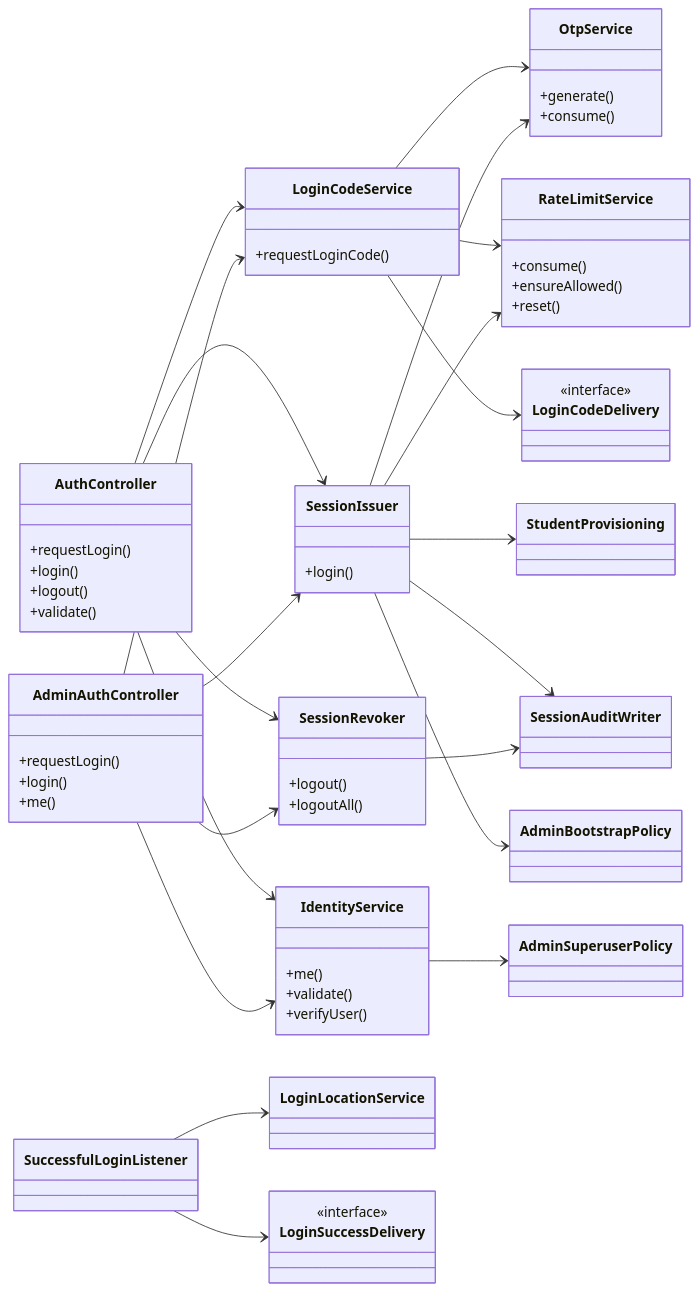
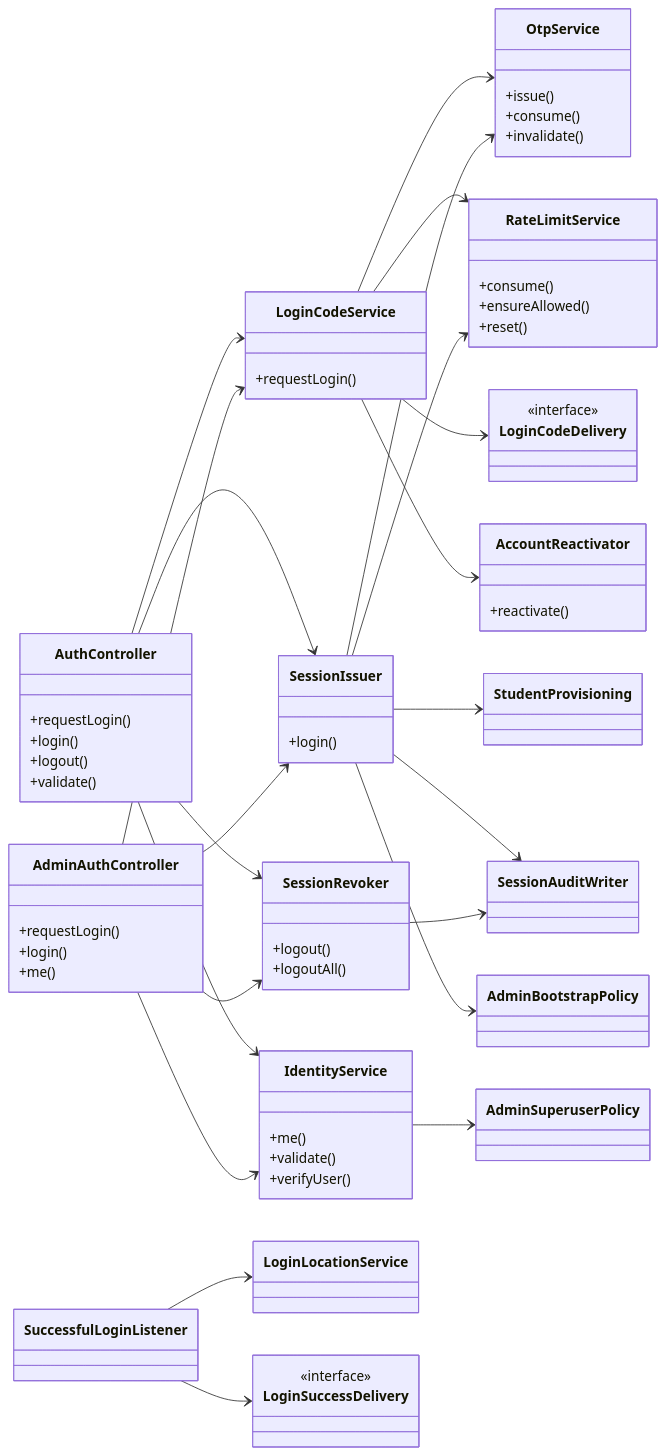
One commit to AlparslanSemiz/rate-my-professor changed the first of 6 diagrams in backend/docs/class-diagrams.md. Above: the diagram before and after it, drawn with Mermaid. The commit also changed other lines of this file and 1 other file, not shown here.

Commit message:
redraw the auth diagram and refresh the demo notes

```diff
--- a/backend/docs/class-diagrams.md
+++ b/backend/docs/class-diagrams.md
@@ -55,7 +55,7 @@
     }
 
     class LoginCodeService {
-        +requestLoginCode()
+        +requestLogin()
     }
     class SessionIssuer {
         +login()
@@ -71,8 +71,9 @@
     }
 
     class OtpService {
-        +generate()
+        +issue()
         +consume()
+        +invalidate()
     }
     class RateLimitService {
         +consume()
@@ -80,6 +81,9 @@
         +reset()
     }
     class StudentProvisioning
+    class AccountReactivator {
+        +reactivate()
+    }
     class SessionAuditWriter
     class AdminBootstrapPolicy
     class AdminSuperuserPolicy
@@ -104,6 +108,7 @@
     LoginCodeService --> OtpService
     LoginCodeService --> RateLimitService
     LoginCodeService --> LoginCodeDelivery
+    LoginCodeService --> AccountReactivator
 
     SessionIssuer --> OtpService
     SessionIssuer --> RateLimitService
```
